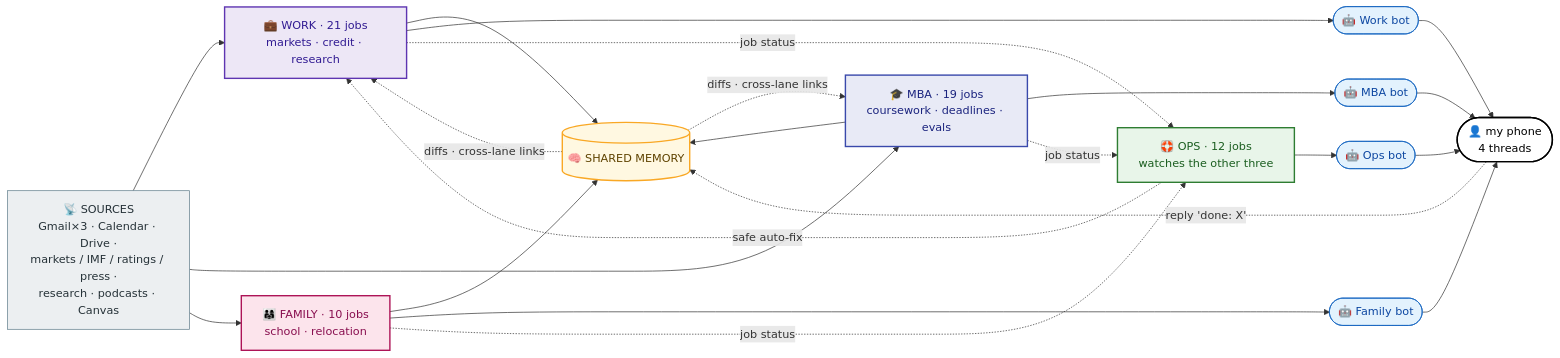
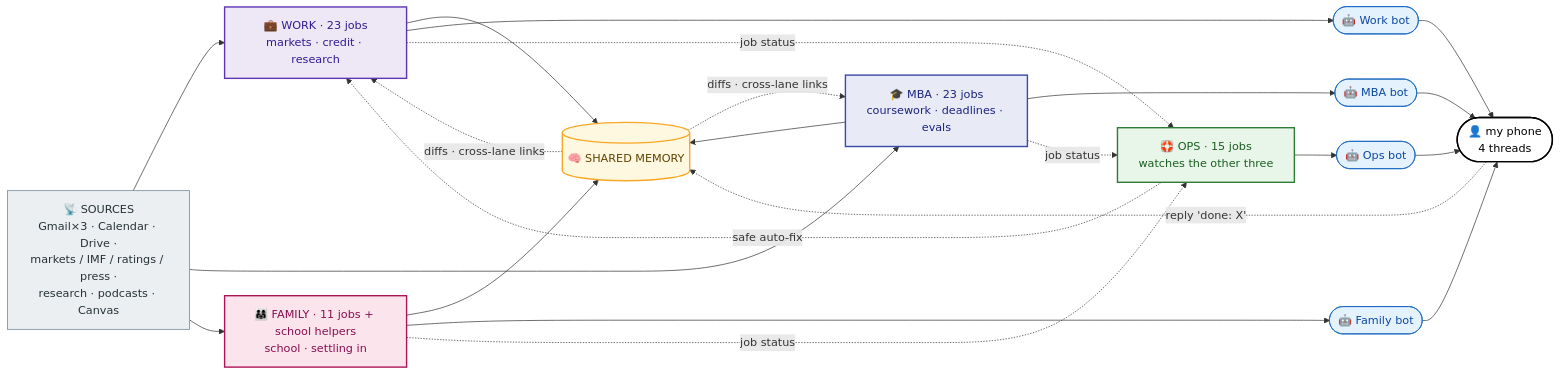
One commit to nickmuchi87/hermes-agents-showcase changed the first of 6 diagrams in docs/08-the-fleet-map.md. Above: the diagram before and after it, drawn with Mermaid. The commit also changed other lines of this file and 13 other files, not shown here.

First line of the commit message:
Sync docs with the live fleet: 72 jobs + school helpers, post-move reframe

````diff
--- a/docs/08-the-fleet-map.md
+++ b/docs/08-the-fleet-map.md
@@ -27,35 +27,35 @@
 ```mermaid
 flowchart LR
     SRC["📡 SOURCES<br/>Gmail×3 · Calendar · Drive ·<br/>markets / IMF / ratings / press ·<br/>research · podcasts · Canvas"]:::src
-    WORK["💼 WORK · 21 jobs<br/>markets · credit · research"]:::work
-    MBA["🎓 MBA · 19 jobs<br/>coursework · deadlines · evals"]:::mba
-    FAM["👨‍👩‍👧 FAMILY · 10 jobs<br/>school · relocation"]:::fam
-    OPS["🛟 OPS · 12 jobs<br/>watches the other three"]:::ping
+    WORK["💼 WORK · 23 jobs<br/>markets · credit · research"]:::work
+    MBA["🎓 MBA · 23 jobs<br/>coursework · deadlines · evals"]:::mba
+    FAM["👨‍👩‍👧 FAMILY · 11 jobs + school helpers<br/>school · settling in"]:::fam
+    OPS["🛟 OPS · 15 jobs<br/>watches the other three"]:::ping
     MEM[("🧠 SHARED MEMORY")]:::mem
     BW(["🤖 Work bot"]):::bot
     BM(["🤖 MBA bot"]):::bot
     BF(["🤖 Family bot"]):::bot
     BO(["🤖 Ops bot"]):::bot
     ME(["👤 my phone<br/>4 threads"]):::me
 
     SRC --> WORK & MBA & FAM
     WORK & MBA & FAM --> MEM
     MEM -. "diffs · cross-lane links" .-> WORK & MBA
     WORK --> BW
     MBA --> BM
     FAM --> BF
     WORK & MBA & FAM -. "job status" .-> OPS
     OPS -. "safe auto-fix" .-> WORK
     OPS --> BO
     BW & BM & BF & BO --> ME
     ME -. "reply 'done: X'" .-> MEM
 
     classDef src fill:#eceff1,stroke:#607d8b,color:#263238;
     classDef work fill:#ede7f6,stroke:#5e35b1,color:#311b92,stroke-width:2px;
     classDef mba fill:#e8eaf6,stroke:#3949ab,color:#1a237e,stroke-width:2px;
     classDef fam fill:#fce4ec,stroke:#ad1457,color:#880e4f,stroke-width:2px;
     classDef ping fill:#e8f5e9,stroke:#2e7d32,color:#1b5e20,stroke-width:2px;
     classDef mem fill:#fff8e1,stroke:#f9a825,color:#5f4300,stroke-width:2px;
     classDef bot fill:#e3f2fd,stroke:#1565c0,color:#0d47a1;
     classDef me fill:#fff,stroke:#000,color:#000,stroke-width:2px;
 ```
````
